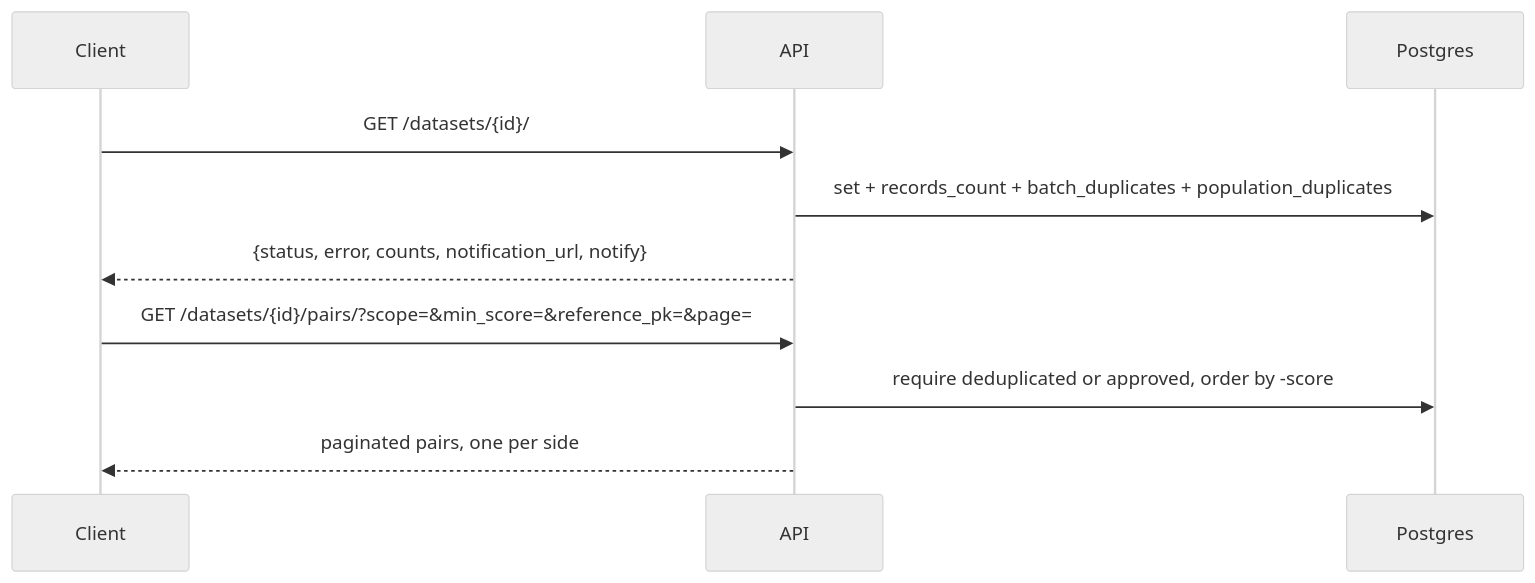
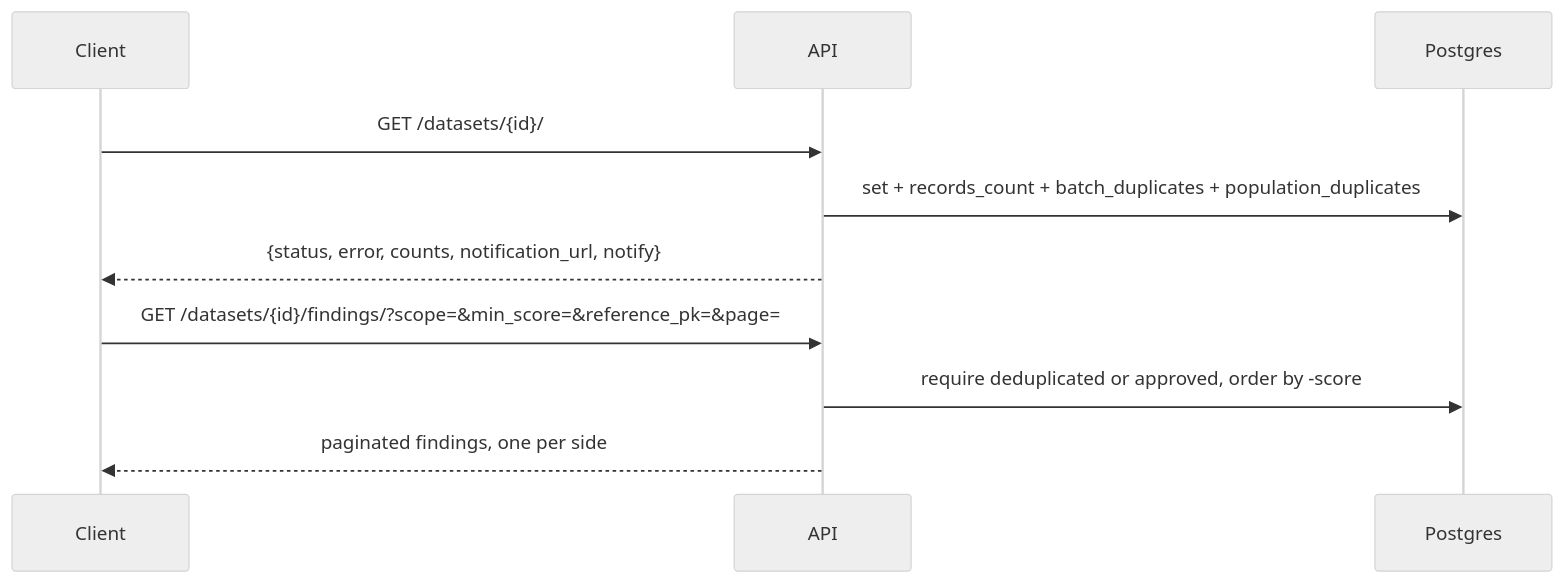
Diagram 11 of 12 in docs/src/biographic/concepts/sequence-diagrams.md (unicef/hope-dedup-engine), drawn with Mermaid (neutral theme) before and after one commit. The commit also changed 33 other files, not shown here.

````diff
--- a/docs/src/biographic/concepts/sequence-diagrams.md
+++ b/docs/src/biographic/concepts/sequence-diagrams.md
@@ -218,14 +218,14 @@
 ```mermaid
 sequenceDiagram
     participant C as Client
     participant API as API
     participant DB as Postgres
 
     C->>API: GET /datasets/{id}/
     API->>DB: set + records_count + batch_duplicates + population_duplicates
     API-->>C: {status, error, counts, notification_url, notify}
 
-    C->>API: GET /datasets/{id}/pairs/?scope=&min_score=&reference_pk=&page=
+    C->>API: GET /datasets/{id}/findings/?scope=&min_score=&reference_pk=&page=
     API->>DB: require deduplicated or approved, order by -score
-    API-->>C: paginated pairs, one per side
+    API-->>C: paginated findings, one per side
 ```
````
